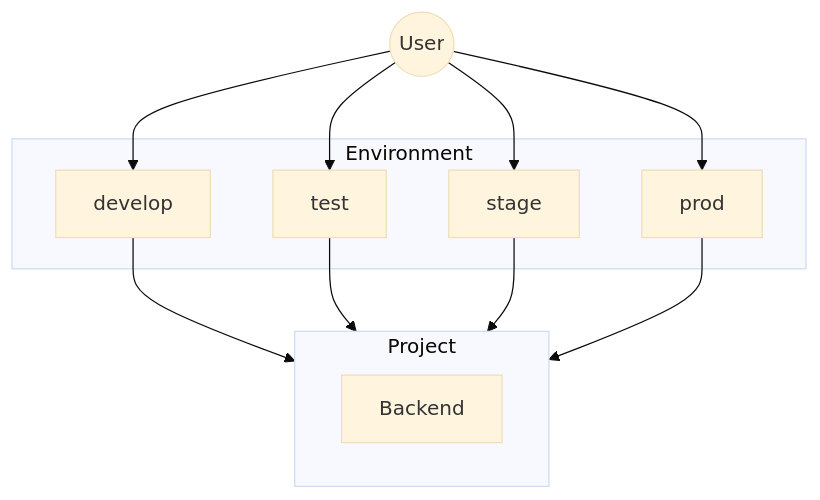
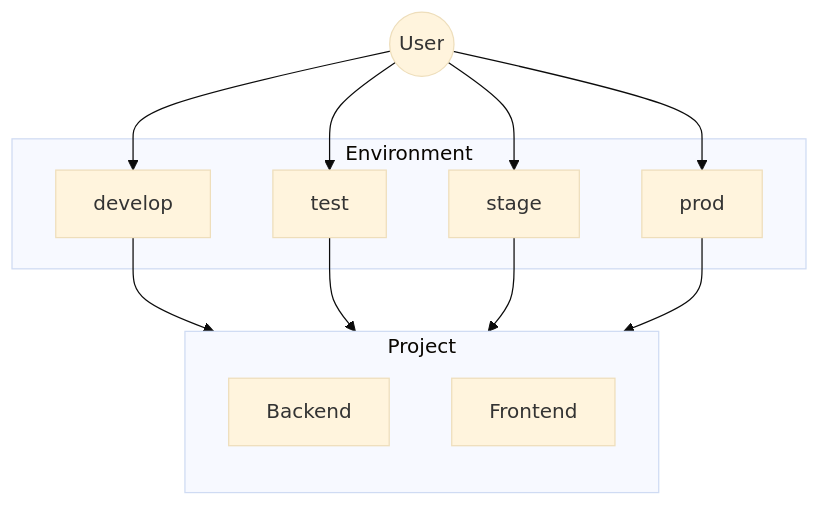
Before and after one commit to OfficialApurvChatur/POC01: the fourth of 4 diagrams in Readme.md, drawn with Mermaid (base theme). The commit also changed other lines of this file and 6 other files, not shown here.

````diff
--- a/Readme.md
+++ b/Readme.md
@@ -68,22 +68,24 @@
 ```mermaid
   flowchart
     User(("User"))
     subgraph Environment
       develop["develop"]
       test["test"]
       stage["stage"]
       prod["prod"]
     end
     subgraph Project
+      direction TB
       Backend["Backend"]
+      Frontend["Frontend"]
     end
 
     User --> develop
       develop --> Project
     User --> test
       test --> Project
     User --> stage
       stage --> Project
     User --> prod
       prod --> Project
 ```
````
